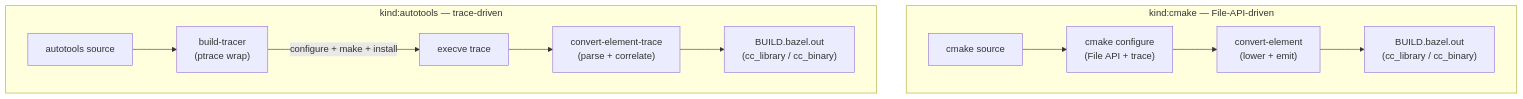
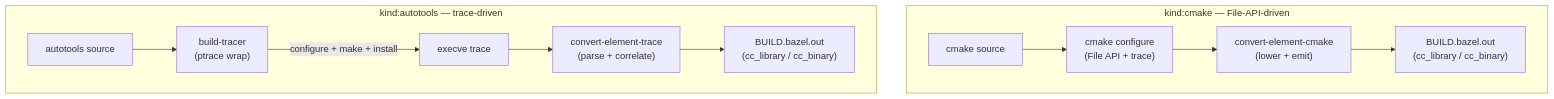
The second of 3 diagrams in docs/overview.md (sstriker/buildstream-bazel), drawn with Mermaid before and after one commit. The commit also changed other lines of this file and 127 other files, not shown here.

````diff
--- a/docs/overview.md
+++ b/docs/overview.md
@@ -60,14 +60,14 @@
 ```mermaid
 flowchart TB
     subgraph CMAKE [kind:cmake — File-API-driven]
         CSRC["cmake source"] --> CCMAKE["cmake configure<br/>(File API + trace)"]
-        CCMAKE --> CCONV["convert-element<br/>(lower + emit)"]
+        CCMAKE --> CCONV["convert-element-cmake<br/>(lower + emit)"]
         CCONV --> CBUILD["BUILD.bazel.out<br/>(cc_library / cc_binary)"]
     end
     subgraph AUTO [kind:autotools — trace-driven]
         ASRC["autotools source"] --> ATRACE["build-tracer<br/>(ptrace wrap)"]
         ATRACE -- "configure + make + install" --> ATRACE2["execve trace"]
         ATRACE2 --> ACONV["convert-element-trace<br/>(parse + correlate)"]
         ACONV --> ABUILD["BUILD.bazel.out<br/>(cc_library / cc_binary)"]
     end
 ```
````
